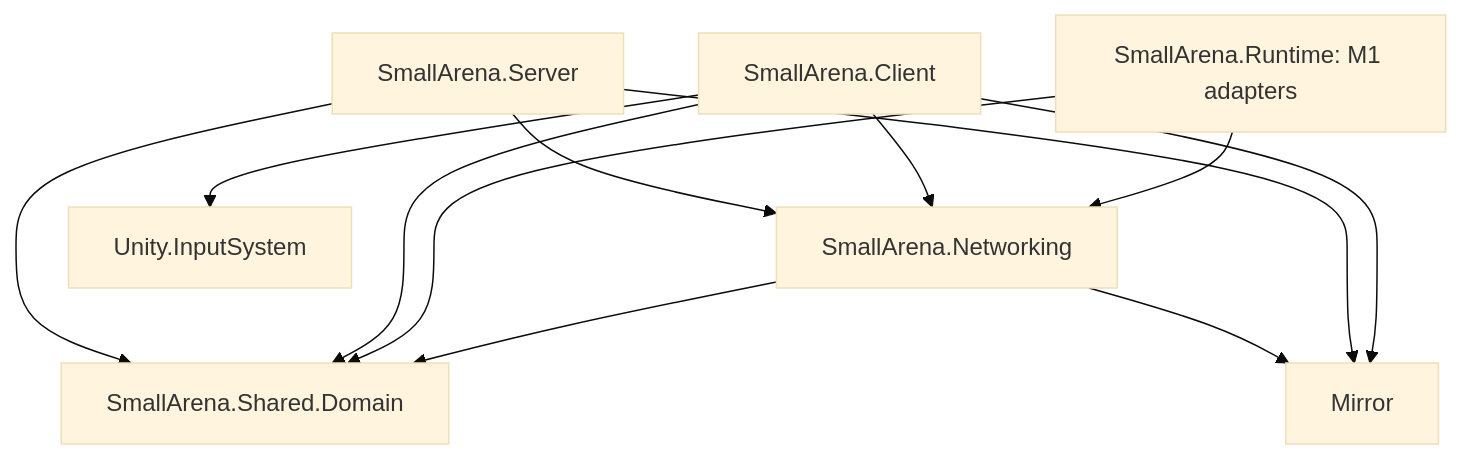
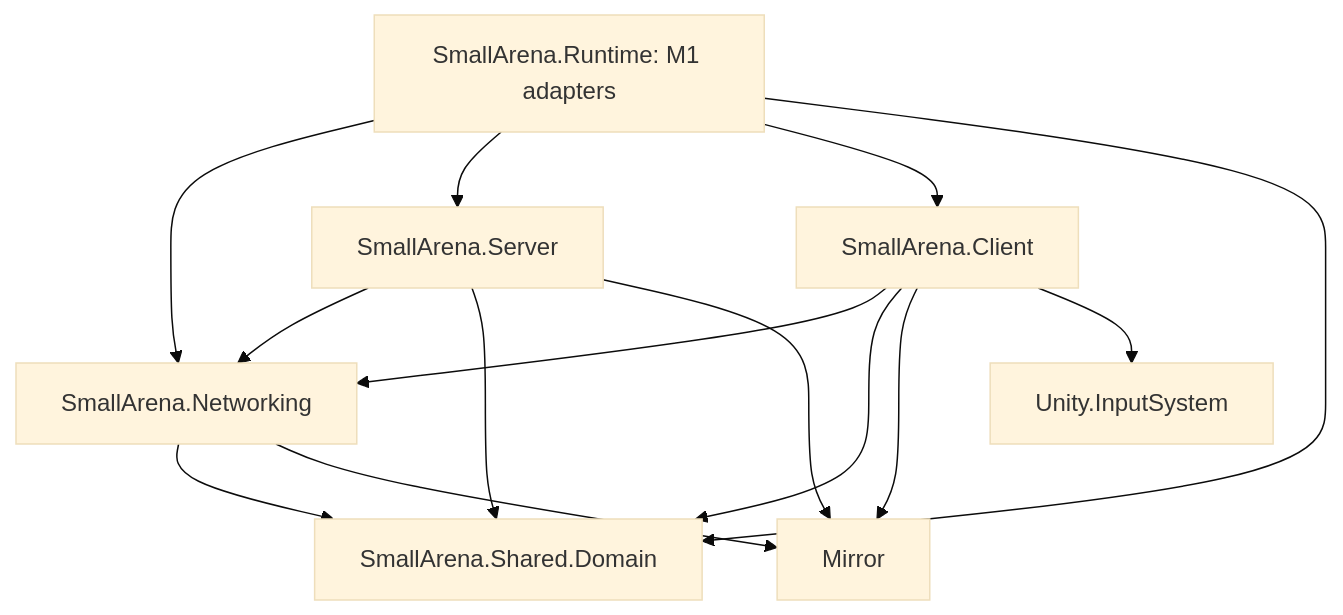
The diagram in docs/architecture/task-0.1-baseline.md (tasdus-117/SE2026-T17), drawn with Mermaid (base theme) before and after one commit. The commit also changed other lines of this file and 10 other files, not shown here.

````diff
--- a/docs/architecture/task-0.1-baseline.md
+++ b/docs/architecture/task-0.1-baseline.md
@@ -5,14 +5,16 @@
 ```mermaid
 flowchart TD
     Server[SmallArena.Server] --> Networking[SmallArena.Networking]
     Client[SmallArena.Client] --> Networking
     Runtime[SmallArena.Runtime: M1 adapters] --> Networking
+    Runtime --> Server
+    Runtime --> Client
     Server --> Domain[SmallArena.Shared.Domain]
     Client --> Domain
     Runtime --> Domain
     Networking --> Domain
     Networking --> Mirror
     Server --> Mirror
     Client --> Mirror
     Client --> InputSystem[Unity.InputSystem]
 ```
````
